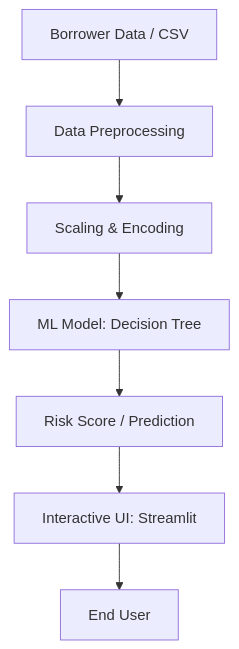
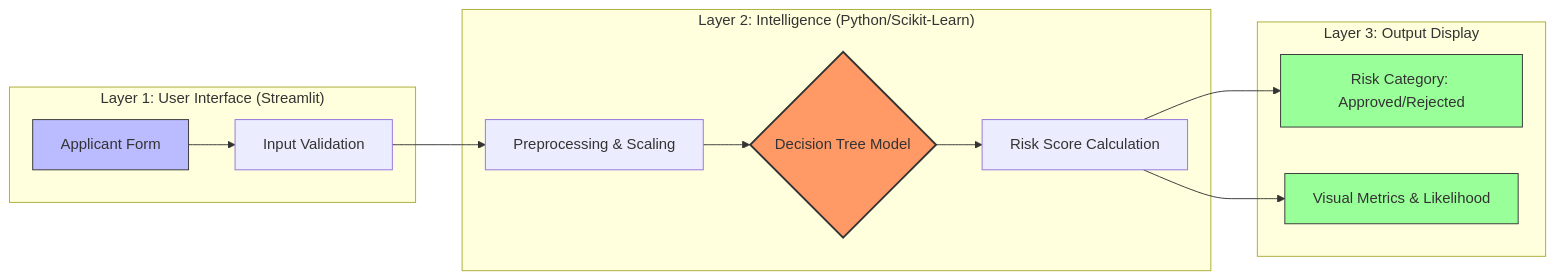
The diagram in REPORT.md (Ji-samarth/GenAI_Capstone), drawn with Mermaid before and after one commit. The commit also changed other lines of this file and 2 other files, not shown here.

Commit message:
Enhanced report clarity: Added Data Journey, categorized I/O tables, and ranked risk drivers

````diff
--- a/REPORT.md
+++ b/REPORT.md
@@ -216,9 +216,22 @@
 ```mermaid
-graph TD
-    A[Borrower Data / CSV] --> B[Data Preprocessing]
-    B --> C[Scaling & Encoding]
-    C --> D[ML Model: Decision Tree]
-    D --> E[Risk Score / Prediction]
-    E --> F[Interactive UI: Streamlit]
-    F --> G[End User]
+graph LR
+    subgraph "Layer 1: User Interface (Streamlit)"
+        A[Applicant Form] --> B[Input Validation]
+    end
+
+    subgraph "Layer 2: Intelligence (Python/Scikit-Learn)"
+        B --> C[Preprocessing & Scaling]
+        C --> D{Decision Tree Model}
+        D --> E[Risk Score Calculation]
+    end
+
+    subgraph "Layer 3: Output Display"
+        E --> F[Risk Category: Approved/Rejected]
+        E --> G[Visual Metrics & Likelihood]
+    end
+
+    style D fill:#f96,stroke:#333,stroke-width:2px
+    style A fill:#bbf,stroke:#333
+    style F fill:#9f9,stroke:#333
+    style G fill:#9f9,stroke:#333
 ```
````
